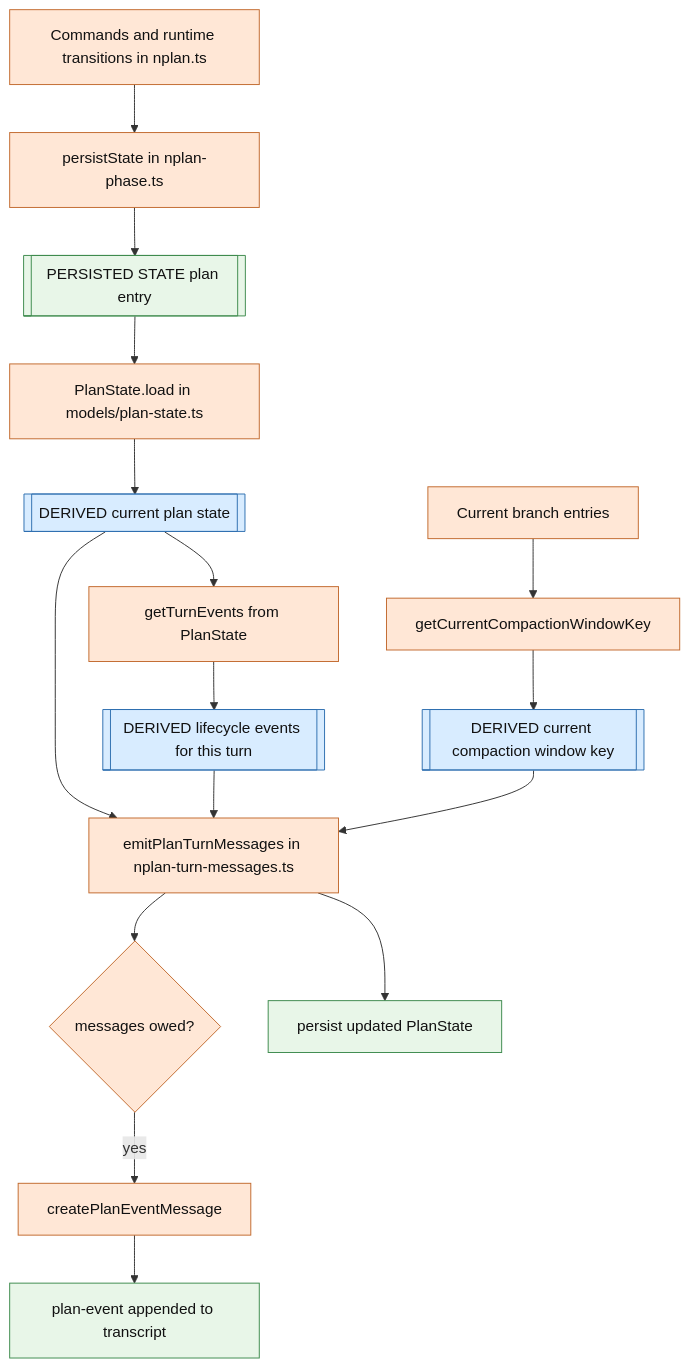
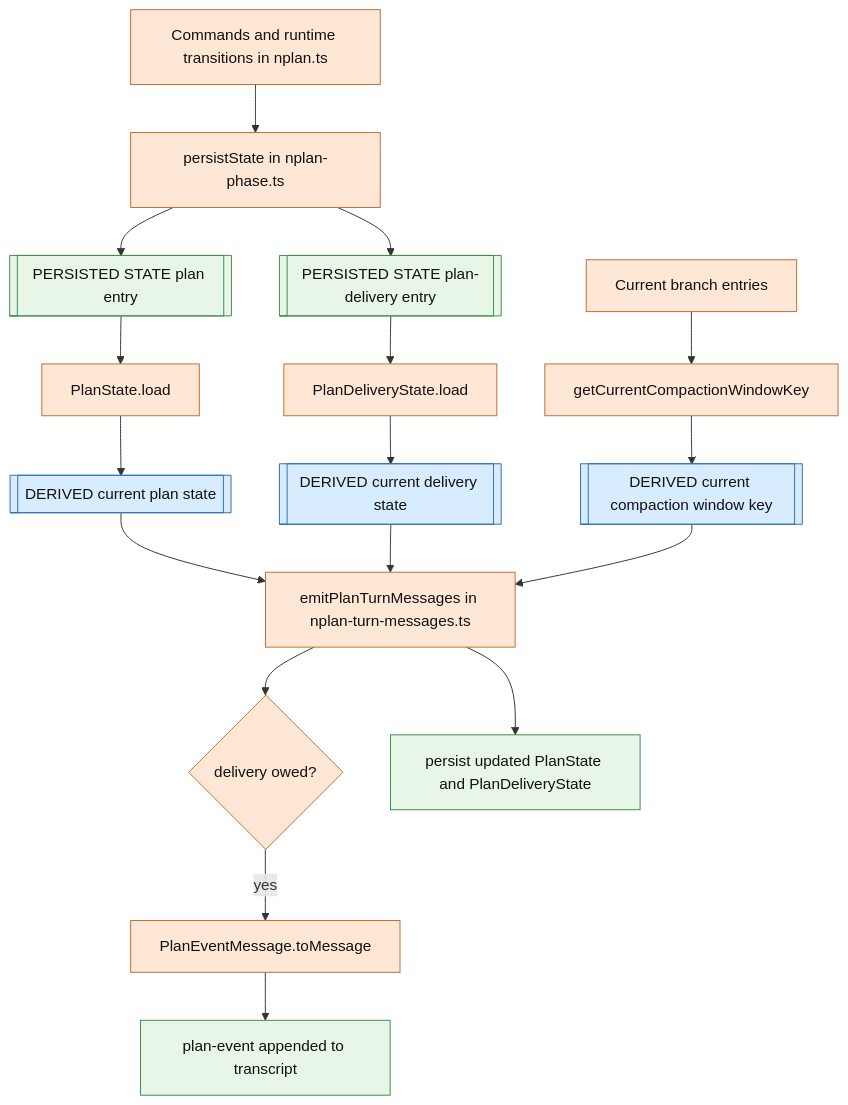
One commit to pyronaur/nplan changed the first of 3 diagrams in docs/mermaid-plan-state-information-architecture.md. Above: the diagram before and after it, drawn with Mermaid. The commit also changed other lines of this file and 17 other files, not shown here.

First line of the commit message:
Split planning lifecycle delivery into dedicated state model

````diff
--- a/docs/mermaid-plan-state-information-architecture.md
+++ b/docs/mermaid-plan-state-information-architecture.md
@@ -149,29 +170,29 @@
 ```mermaid
 flowchart TD
     A[Commands and runtime transitions in nplan.ts] --> B[persistState in nplan-phase.ts]
     B --> C[[PERSISTED STATE plan entry]]
-    C --> D[PlanState.load in models/plan-state.ts]
-    D --> E[[DERIVED current plan state]]
+    B --> D[[PERSISTED STATE plan-delivery entry]]
+    C --> E[PlanState.load]
+    D --> F[PlanDeliveryState.load]
+    E --> G[[DERIVED current plan state]]
+    F --> H[[DERIVED current delivery state]]
 
-    E --> F[getTurnEvents from PlanState]
-    F --> G[[DERIVED lifecycle events for this turn]]
+    I[Current branch entries] --> J[getCurrentCompactionWindowKey]
+    J --> K[[DERIVED current compaction window key]]
 
-    H[Current branch entries] --> I[getCurrentCompactionWindowKey]
-    I --> J[[DERIVED current compaction window key]]
+    G --> L[emitPlanTurnMessages in nplan-turn-messages.ts]
+    H --> L
+    K --> L
 
-    E --> K[emitPlanTurnMessages in nplan-turn-messages.ts]
-    G --> K
-    J --> K
-
-    K --> L{messages owed?}
-    L -->|yes| M[createPlanEventMessage]
-    M --> N[plan-event appended to transcript]
-    K --> O[persist updated PlanState]
+    L --> M{delivery owed?}
+    M -->|yes| N[PlanEventMessage.toMessage]
+    N --> O[plan-event appended to transcript]
+    L --> P[persist updated PlanState and PlanDeliveryState]
 
     classDef persisted fill:#e8f6e8,stroke:#3d8a4d,color:#111;
     classDef derived fill:#d8ecff,stroke:#2f6fb0,color:#111;
     classDef logic fill:#ffe7d6,stroke:#c26a2e,color:#111;
-    class C,N,O persisted;
-    class E,G,J derived;
-    class A,B,D,F,H,I,K,L,M logic;
+    class C,D,O,P persisted;
+    class G,H,K derived;
+    class A,B,E,F,I,J,L,M,N logic;
 ```
````
